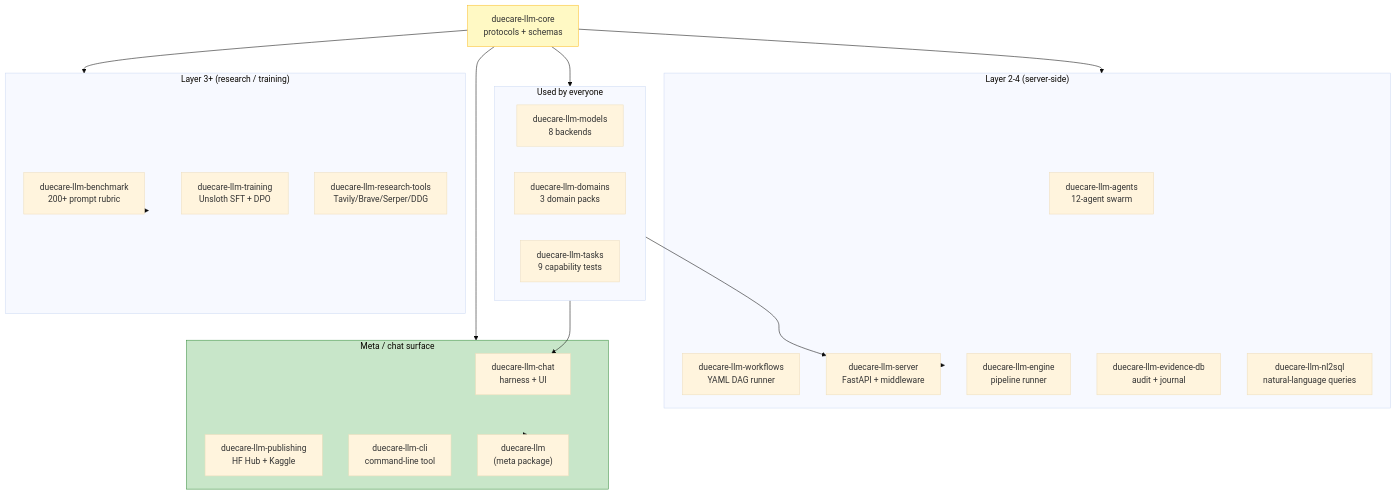
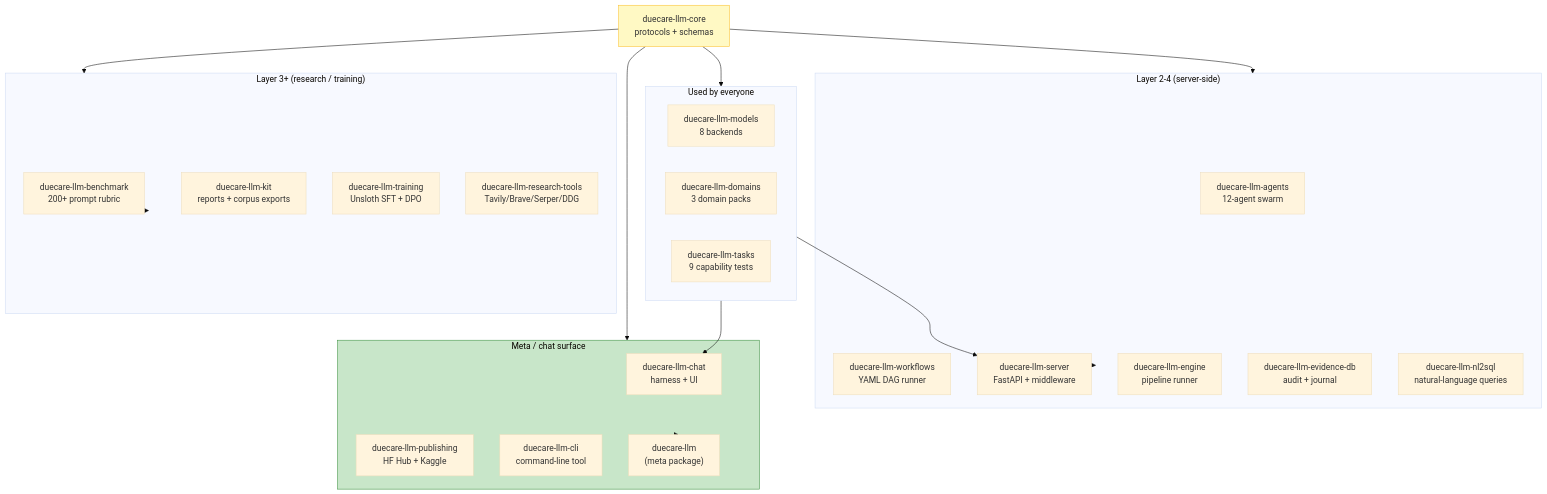
The fourth of 4 diagrams in docs/ecosystem_overview.md (TaylorAmarelTech/gemma4_comp), drawn with Mermaid (base theme) before and after one commit. The commit also changed other lines of this file and 46 other files, not shown here.

````diff
--- a/docs/ecosystem_overview.md
+++ b/docs/ecosystem_overview.md
@@ -136,45 +136,46 @@
 ```mermaid
 graph TB
     CORE["duecare-llm-core<br/>protocols + schemas"]
 
     subgraph L1P["Used by everyone"]
         MODELS["duecare-llm-models<br/>8 backends"]
         DOMAINS["duecare-llm-domains<br/>3 domain packs"]
         TASKS["duecare-llm-tasks<br/>9 capability tests"]
     end
 
     subgraph L2P["Layer 2-4 (server-side)"]
         AGENTS["duecare-llm-agents<br/>12-agent swarm"]
         WORKFLOWS["duecare-llm-workflows<br/>YAML DAG runner"]
         SERVER["duecare-llm-server<br/>FastAPI + middleware"]
         ENGINE["duecare-llm-engine<br/>pipeline runner"]
         EVIDB["duecare-llm-evidence-db<br/>audit + journal"]
         NL2SQL["duecare-llm-nl2sql<br/>natural-language queries"]
     end
 
     subgraph L3P["Layer 3+ (research / training)"]
         BENCHMARK["duecare-llm-benchmark<br/>200+ prompt rubric"]
+        KIT["duecare-llm-kit<br/>reports + corpus exports"]
         TRAINING["duecare-llm-training<br/>Unsloth SFT + DPO"]
         RESEARCH_TOOLS["duecare-llm-research-tools<br/>Tavily/Brave/Serper/DDG"]
     end
 
     subgraph META["Meta / chat surface"]
         CHAT["duecare-llm-chat<br/>harness + UI"]
         PUB["duecare-llm-publishing<br/>HF Hub + Kaggle"]
         CLI["duecare-llm-cli<br/>command-line tool"]
         ALL["duecare-llm<br/>(meta package)"]
     end
 
     CORE --> L1P
     CORE --> L2P
     CORE --> L3P
     CORE --> META
     L1P --> CHAT
     L1P --> SERVER
     L2P --> SERVER
     L3P --> BENCHMARK
     META --> ALL
 
     style CORE fill:#fff9c4,stroke:#fbc02d
     style META fill:#c8e6c9,stroke:#388e3c
 ```
````
